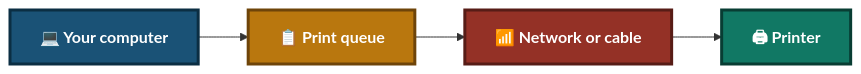
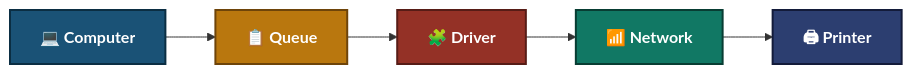
Before and after one commit to malaika-azhar/Customer-Tech-Support-Portfolio: the first of 3 diagrams in 04-Solution-guides/04.4-Printer-Guide.md, drawn with Mermaid. The commit also changed other lines of this file, not shown here.

````diff
--- a/04-Solution-guides/04.4-Printer-Guide.md
+++ b/04-Solution-guides/04.4-Printer-Guide.md
@@ -70,9 +70,9 @@
 ```mermaid
 flowchart LR
-    A["💻 Your computer"]:::c0 --> B["📋 Print queue"]:::c1 --> C["📶 Network or cable"]:::c2 --> D["🖨 Printer"]:::c3
-
-    classDef c0 fill:#1A5276,stroke:#0B2E43,stroke-width:3px,color:#FFFFFF,font-weight:bold
-    classDef c1 fill:#B9770E,stroke:#6E4409,stroke-width:3px,color:#FFFFFF,font-weight:bold
-    classDef c2 fill:#943126,stroke:#571C16,stroke-width:3px,color:#FFFFFF,font-weight:bold
-    classDef c3 fill:#117864,stroke:#083D33,stroke-width:3px,color:#FFFFFF,font-weight:bold
+    A["💻 Computer"]:::c0 --> B["📋 Queue"]:::c1 --> C["🧩 Driver"]:::c2 --> D["📶 Network"]:::c3 --> E["🖨 Printer"]:::c4
+    classDef c0 fill:#1A5276,stroke:#0B2E43,stroke-width:2px,color:#FFFFFF,font-weight:bold
+    classDef c1 fill:#B9770E,stroke:#6E4409,stroke-width:2px,color:#FFFFFF,font-weight:bold
+    classDef c2 fill:#943126,stroke:#571C16,stroke-width:2px,color:#FFFFFF,font-weight:bold
+    classDef c3 fill:#117864,stroke:#083D33,stroke-width:2px,color:#FFFFFF,font-weight:bold
+    classDef c4 fill:#2C3E70,stroke:#131B3A,stroke-width:2px,color:#FFFFFF,font-weight:bold
 ```
````
